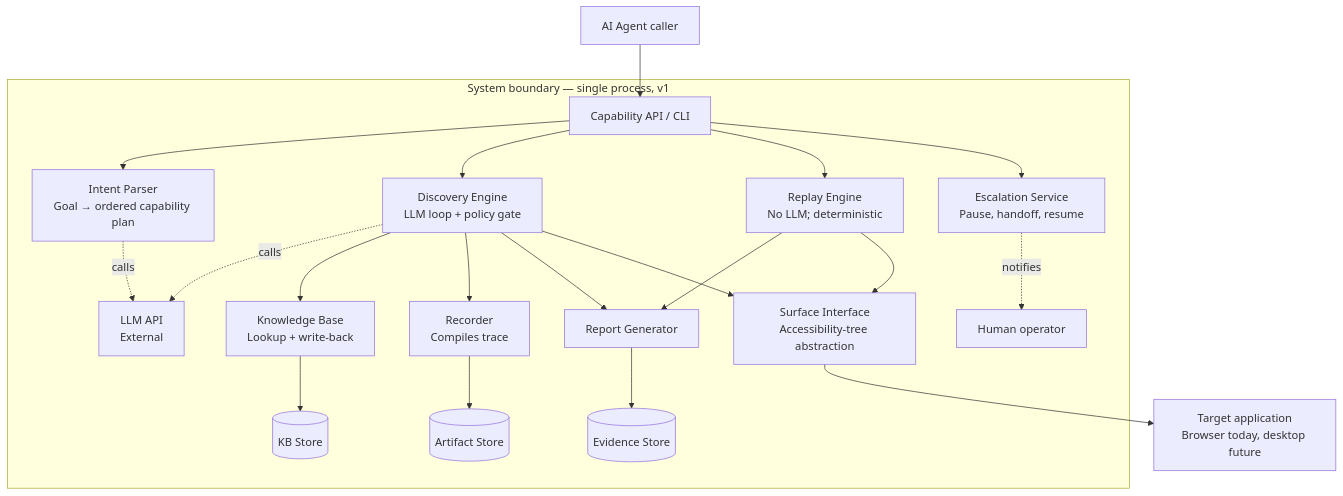
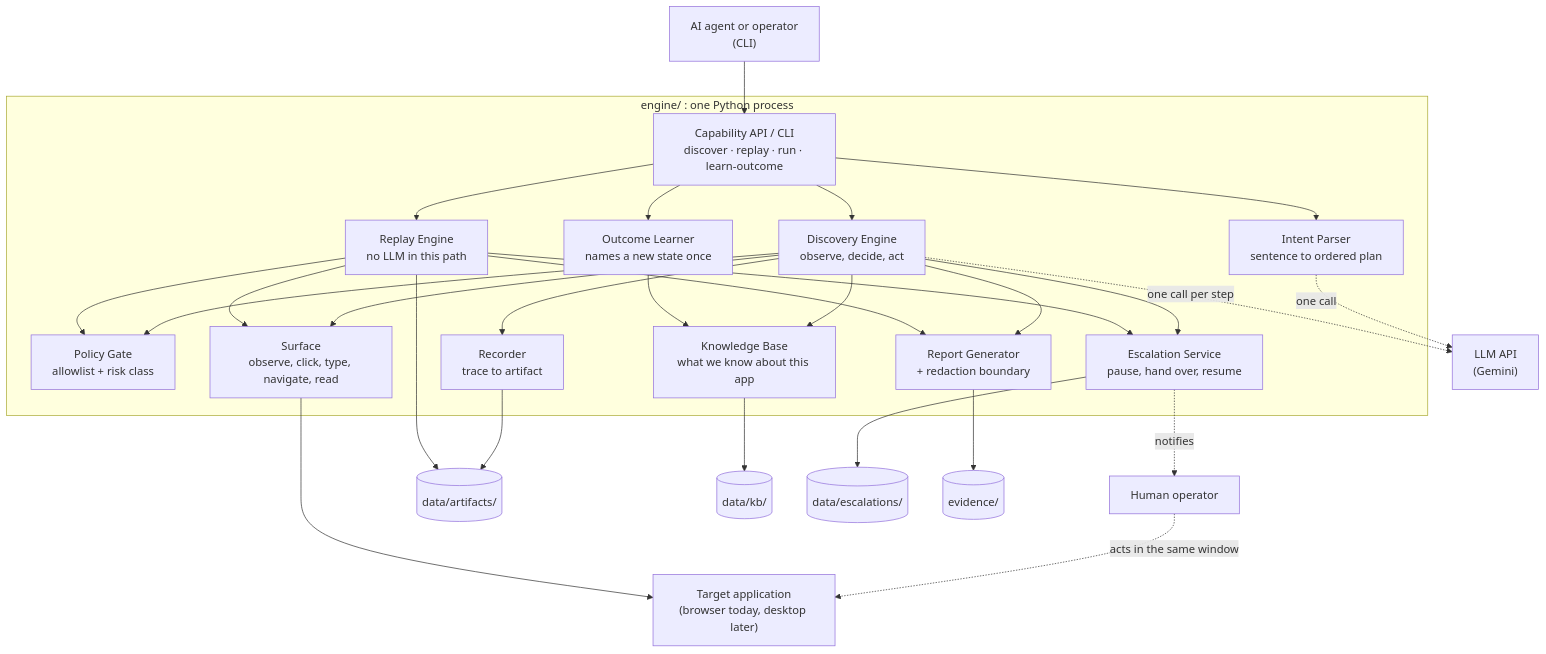
One commit to bhavik168/computer-use-capability-engine changed the first of 4 diagrams in ARCHITECTURE.md. Above: the diagram before and after it, drawn with Mermaid. The commit also changed other lines of this file and 18 other files, not shown here.

````diff
--- a/ARCHITECTURE.md
+++ b/ARCHITECTURE.md
@@ -24,34 +32,52 @@
 ```mermaid
 flowchart TB
-    LLM[LLM API<br/>External]
-    Agent[AI Agent caller]
-    Human[Human operator]
+    Caller["AI agent or operator<br/>(CLI)"]
+    LLM["LLM API<br/>(Gemini)"]
+    Human["Human operator"]
+    App["Target application<br/>(browser today, desktop later)"]
 
-    Agent --> API
+    Caller --> API
 
-    subgraph Boundary["System boundary — single process, v1"]
-        API[Capability API / CLI]
-        API --> Intent[Intent Parser<br/>Goal → ordered capability plan]
-        Intent -.calls.-> LLM
-        API --> Discovery[Discovery Engine<br/>LLM loop + policy gate]
-        API --> Replay[Replay Engine<br/>No LLM; deterministic]
-        API --> Escalation[Escalation Service<br/>Pause, handoff, resume]
+    subgraph Engine["engine/ : one Python process"]
+        API["Capability API / CLI<br/>discover · replay · run · learn-outcome"]
+        Intent["Intent Parser<br/>sentence to ordered plan"]
+        Discovery["Discovery Engine<br/>observe, decide, act"]
+        Replay["Replay Engine<br/>no LLM in this path"]
+        Policy["Policy Gate<br/>allowlist + risk class"]
+        Recorder["Recorder<br/>trace to artifact"]
+        KB["Knowledge Base<br/>what we know about this app"]
+        Learner["Outcome Learner<br/>names a new state once"]
+        Escalation["Escalation Service<br/>pause, hand over, resume"]
+        Reports["Report Generator<br/>+ redaction boundary"]
+        Surface["Surface<br/>observe, click, type, navigate, read"]
 
-        Discovery -.calls.-> LLM
-        Escalation -.notifies.-> Human
+        API --> Intent
+        API --> Discovery
+        API --> Replay
+        API --> Learner
 
-        Discovery --> KB[Knowledge Base<br/>Lookup + write-back]
-        Discovery --> Recorder[Recorder<br/>Compiles trace]
-        Discovery --> ReportGen[Report Generator]
-        Replay --> ReportGen
-
-        KB --> KBStore[(KB Store)]
-        Recorder --> ArtifactStore[(Artifact Store)]
-        ReportGen --> EvidenceStore[(Evidence Store)]
-
-        Discovery --> Surface[Surface Interface<br/>Accessibility-tree abstraction]
+        Discovery --> Policy
+        Replay --> Policy
+        Discovery --> KB
+        Learner --> KB
+        Discovery --> Recorder
+        Discovery --> Escalation
+        Replay --> Escalation
+        Discovery --> Reports
+        Replay --> Reports
+        Discovery --> Surface
         Replay --> Surface
     end
 
-    Surface --> Target[Target application<br/>Browser today, desktop future]
+    Intent -. one call .-> LLM
+    Discovery -. one call per step .-> LLM
+    Escalation -. notifies .-> Human
+    Human -. acts in the same window .-> App
+    Surface --> App
+
+    Recorder --> Artifacts[("data/artifacts/")]
+    Replay --> Artifacts
+    KB --> KBStore[("data/kb/")]
+    Escalation --> EscStore[("data/escalations/")]
+    Reports --> Evidence[("evidence/")]
 ```
````
